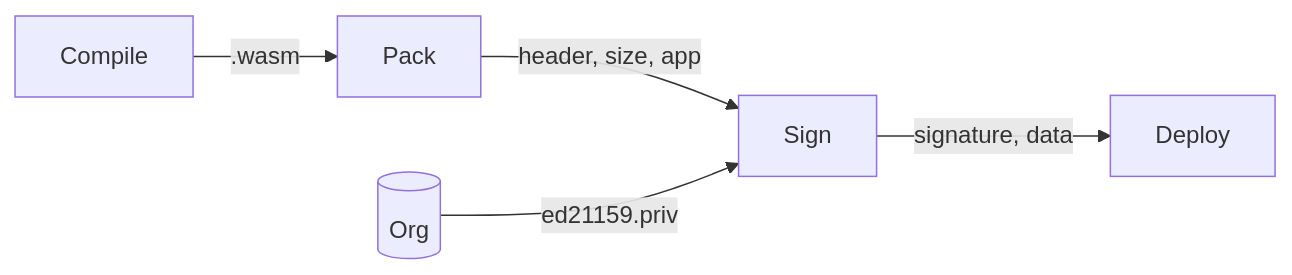
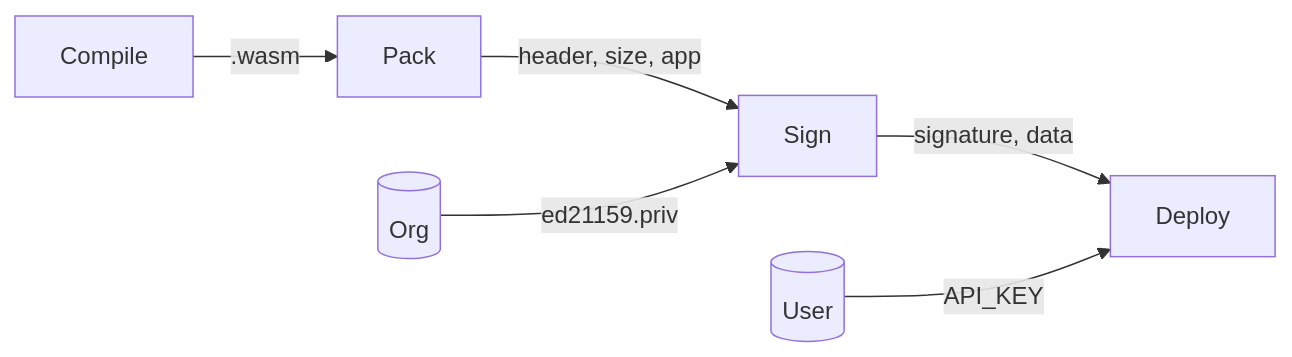
The diagram in README.md (nguterresn/xtblish-client), drawn with Mermaid before and after one commit.

````diff
--- a/README.md
+++ b/README.md
@@ -3,5 +3,6 @@
 ```mermaid
 flowchart LR
     Compile --> |.wasm|Pack --> |header, size, app|Sign --> |signature, data|Deploy
     A@{ shape: cyl, label: "Org" } --> |ed21159.priv|Sign
+    B@{ shape: cyl, label: "User" } --> |API_KEY|Deploy
 ```
````
